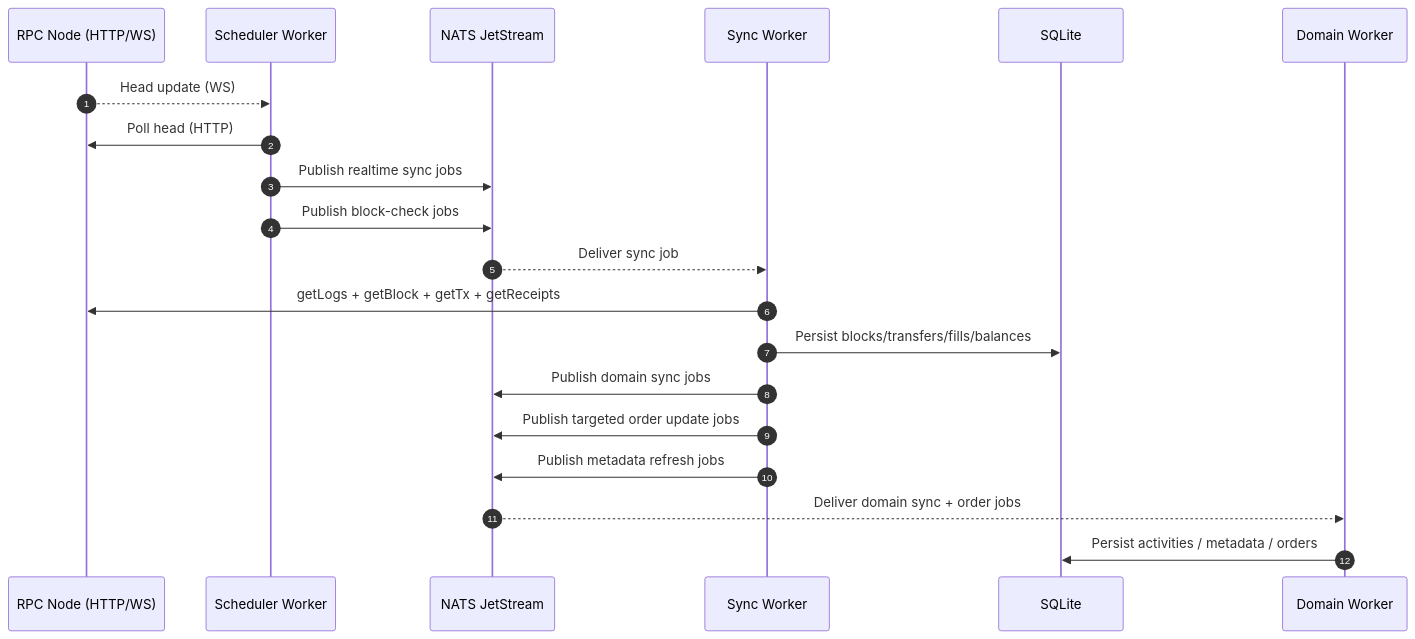
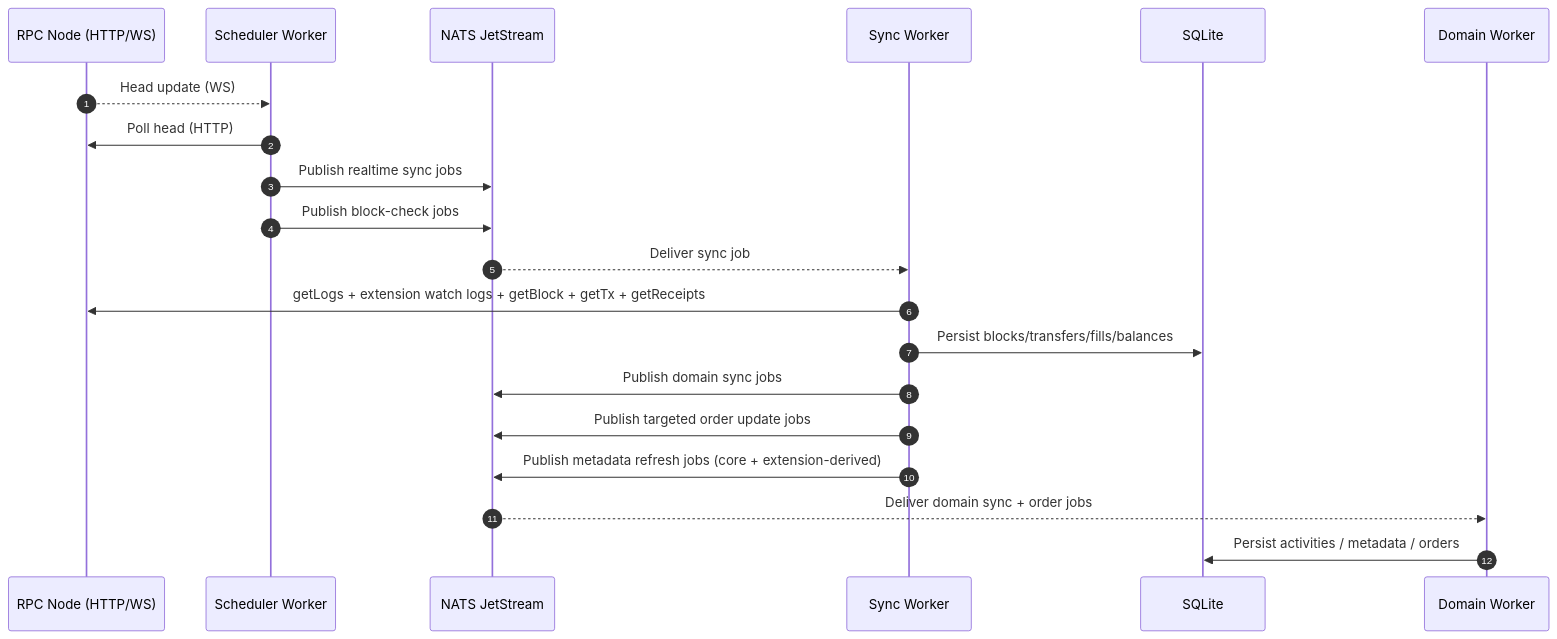
The first of 4 diagrams in docs/indexer/13-sequence-diagrams.md (d347h-eth/artgod), drawn with Mermaid before and after one commit. The commit also changed other lines of this file and 41 other files, not shown here.

````diff
--- a/docs/indexer/13-sequence-diagrams.md
+++ b/docs/indexer/13-sequence-diagrams.md
@@ -7,25 +7,25 @@
 ```mermaid
 sequenceDiagram
     autonumber
     participant RPC as RPC Node (HTTP/WS)
     participant Scheduler as Scheduler Worker
     participant NATS as NATS JetStream
     participant Sync as Sync Worker
     participant DB as SQLite
     participant Domain as Domain Worker
 
     RPC-->>Scheduler: Head update (WS)
     Scheduler->>RPC: Poll head (HTTP)
     Scheduler->>NATS: Publish realtime sync jobs
     Scheduler->>NATS: Publish block-check jobs
 
     NATS-->>Sync: Deliver sync job
-    Sync->>RPC: getLogs + getBlock + getTx + getReceipts
+    Sync->>RPC: getLogs + extension watch logs + getBlock + getTx + getReceipts
     Sync->>DB: Persist blocks/transfers/fills/balances
     Sync->>NATS: Publish domain sync jobs
     Sync->>NATS: Publish targeted order update jobs
-    Sync->>NATS: Publish metadata refresh jobs
+    Sync->>NATS: Publish metadata refresh jobs (core + extension-derived)
 
     NATS-->>Domain: Deliver domain sync + order jobs
     Domain->>DB: Persist activities / metadata / orders
 ```
````
